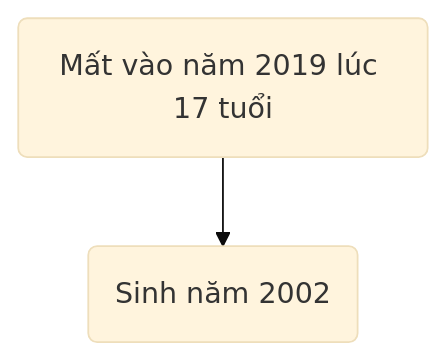
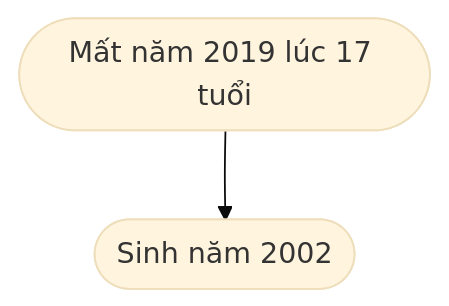
One commit to 0ji54n/kiji changed the third of 4 diagrams in content/Họ đã làm gì vào ngày đó ？/Phần 4.md. Above: the diagram before and after it, drawn with Mermaid (base theme). The commit also changed other lines of this file, not shown here.

````diff
--- a/content/Họ đã làm gì vào ngày đó ？/Phần 4.md
+++ b/content/Họ đã làm gì vào ngày đó ？/Phần 4.md
@@ -53,4 +53,4 @@
 ```mermaid
 flowchart TD
-    Start(Mất vào năm 2019 lúc 17 tuổi) --> Stop(Sinh năm 2002)
+    Start([Mất năm 2019 lúc 17 tuổi]) --> Stop([Sinh năm 2002])
 ```
````
